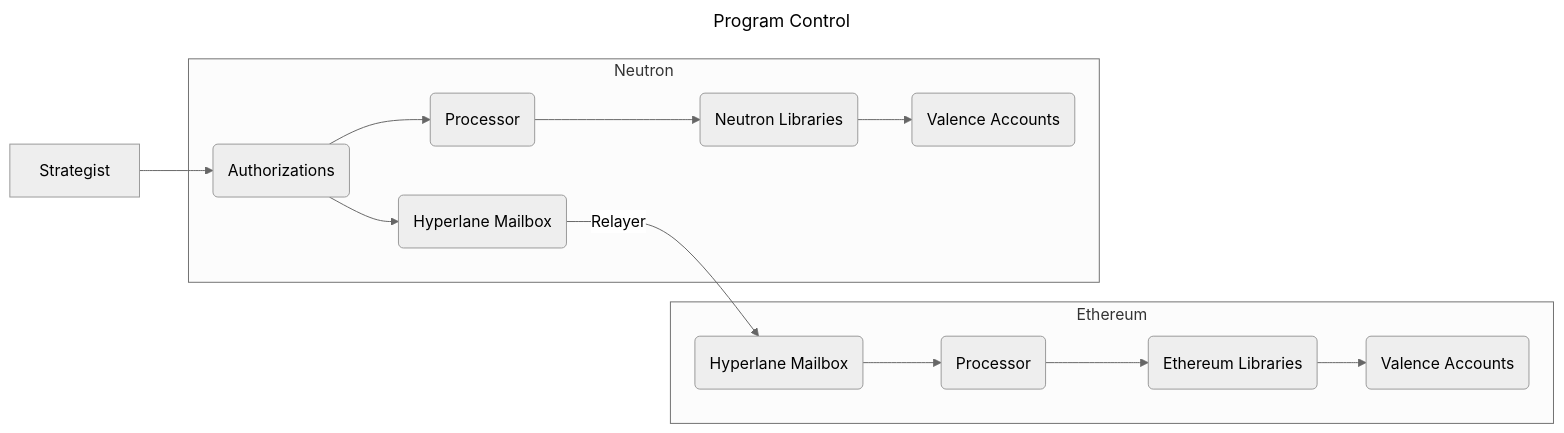
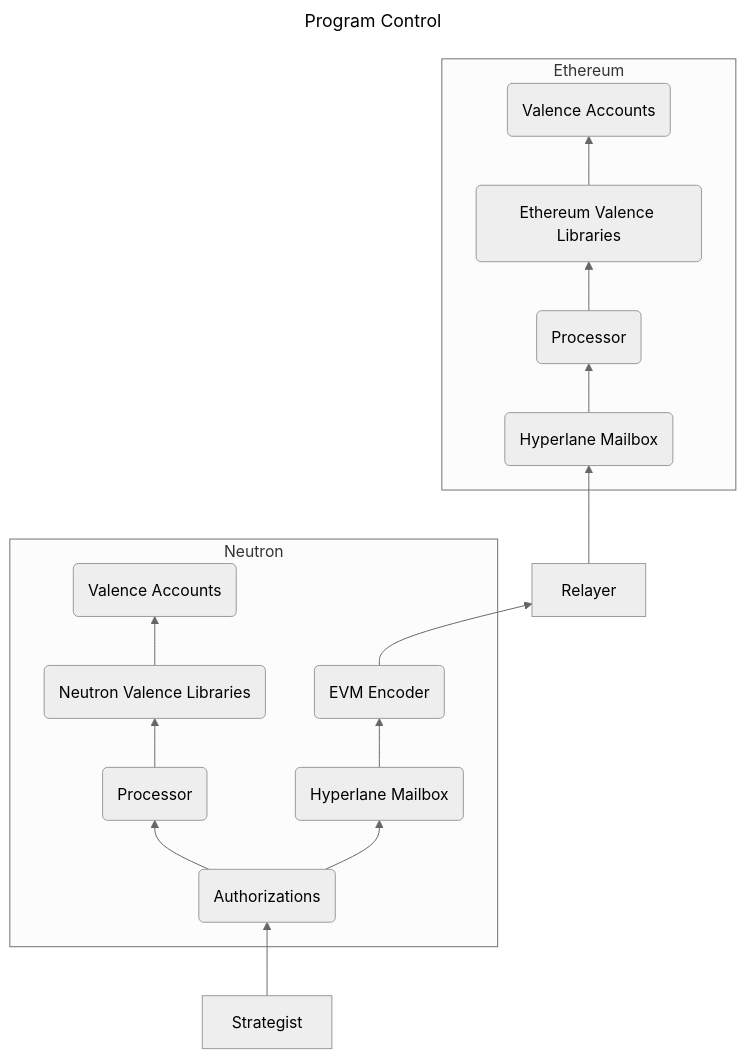
The second of 6 diagrams in docs/src/examples/crosschain_vaults.md (timewave-computer/valence-protocol), drawn with Mermaid (neutral theme) before and after one commit. The commit also changed other lines of this file, not shown here.

````diff
--- a/docs/src/examples/crosschain_vaults.md
+++ b/docs/src/examples/crosschain_vaults.md
@@ -39,25 +39,25 @@
 ```mermaid
 ---
 title: Program Control
 ---
-graph LR
+graph BT
 	Strategist
 	subgraph Ethereum
 		EP(Processor)
 		EHM(Hyperlane Mailbox)
-		EL(Ethereum Libraries)
+		EL(Ethereum Valence Libraries)
 		EVA(Valence Accounts)
-
 	end
 	subgraph Neutron
 		A(Authorizations)
 		NP(Processor)
+		EE(EVM Encoder)
 		NHM(Hyperlane Mailbox)
-		NL(Neutron Libraries)
+		NL(Neutron Valence Libraries)
 		NVA(Valence Accounts)
 	end
 
 	Strategist --> A
-	A --> NHM -- Relayer --> EHM --> EP --> EL --> EVA
+	A --> NHM --> EE --> Relayer --> EHM --> EP --> EL --> EVA
 	A --> NP --> NL--> NVA
 ```
````
